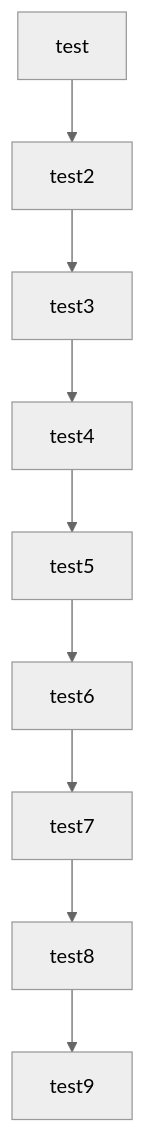
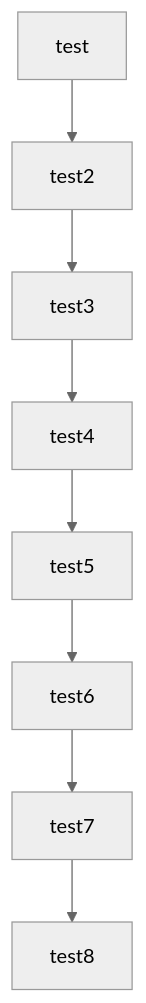
Before and after one commit to disambiguationuk/MermaidTest: the diagram in docs/mermaid.md, drawn with Mermaid (neutral theme). The commit also changed other lines of this file, not shown here.

````diff
--- a/docs/mermaid.md
+++ b/docs/mermaid.md
@@ -6,11 +3,11 @@
 ```mermaid
 graph TD
     test --> test2
     test2 --> test3
     test3 --> test4
     test4 --> test5
     test5 --> test6
     test6 --> test7
     test7 --> test8
-    test8 --> test9
+
 ```
````
